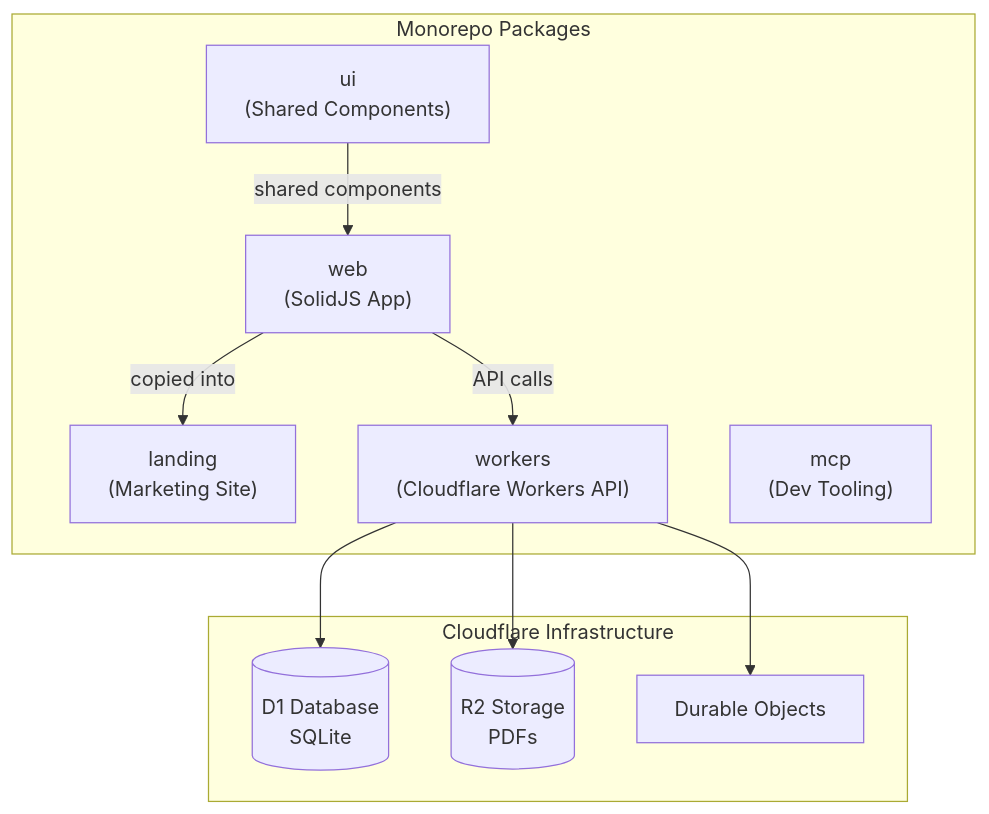
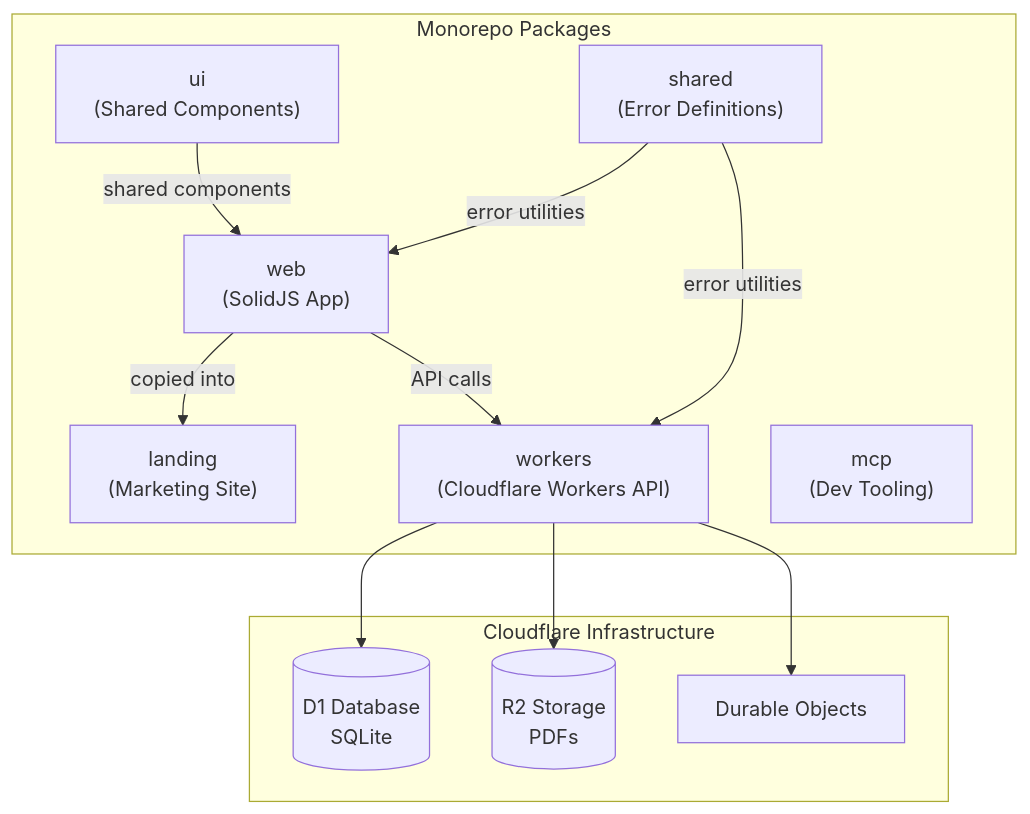
One commit to InfinityBowman/corates changed the diagram in docs/architecture/diagrams/01-package-architecture.md. Above: the diagram before and after it, drawn with Mermaid. The commit also changed other lines of this file and 7 other files, not shown here.

````diff
--- a/docs/architecture/diagrams/01-package-architecture.md
+++ b/docs/architecture/diagrams/01-package-architecture.md
@@ -5,23 +5,26 @@
 ```mermaid
 graph TB
     subgraph "Monorepo Packages"
         landing["landing<br/>(Marketing Site)"]
         web["web<br/>(SolidJS App)"]
         workers["workers<br/>(Cloudflare Workers API)"]
         ui["ui<br/>(Shared Components)"]
+        shared["shared<br/>(Error Definitions)"]
         mcp["mcp<br/>(Dev Tooling)"]
     end
 
     subgraph "Cloudflare Infrastructure"
         D1[(D1 Database<br/>SQLite)]
         R2[(R2 Storage<br/>PDFs)]
         DO["Durable Objects"]
     end
 
     web -->|"copied into"| landing
     web -->|"API calls"| workers
     ui -->|"shared components"| web
+    shared -->|"error utilities"| web
+    shared -->|"error utilities"| workers
     workers --> D1
     workers --> R2
     workers --> DO
 ```
````
